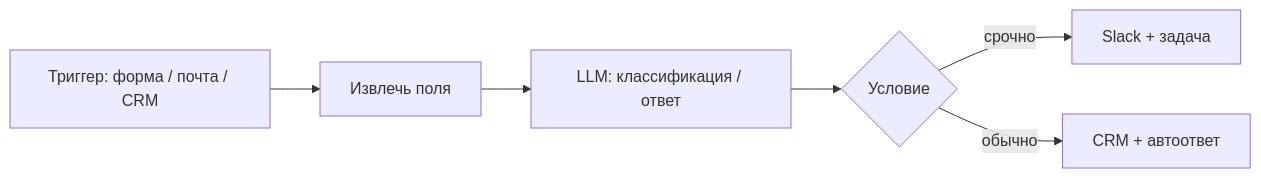
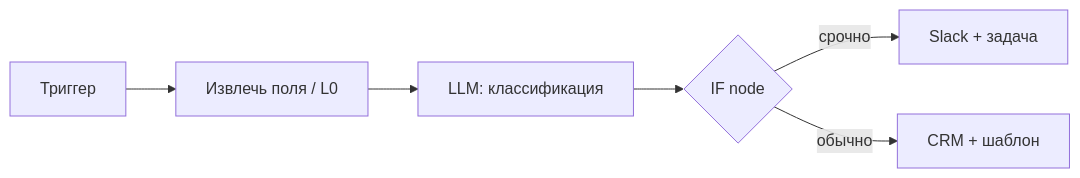
Before and after one commit to evgeniy-borisov/vairl: the fourth of 7 diagrams in _posts/2026-07-02-ai-automation-smb-ru.md, drawn with Mermaid. The commit also changed other lines of this file, not shown here.

````diff
--- a/_posts/2026-07-02-ai-automation-smb-ru.md
+++ b/_posts/2026-07-02-ai-automation-smb-ru.md
@@ -86,8 +196,8 @@
 ```mermaid
 flowchart LR
-  T[Триггер: форма / почта / CRM] --> E[Извлечь поля]
-  E --> LLM[LLM: классификация / ответ]
-  LLM --> A{Условие}
-  A -->|срочно| S[Slack + задача]
-  A -->|обычно| C[CRM + автоответ]
+  T[Триггер] --> E[Извлечь поля / L0]
+  E --> LLM[LLM: классификация]
+  LLM --> IF{IF node}
+  IF -->|срочно| S[Slack + задача]
+  IF -->|обычно| C[CRM + шаблон]
 ```
````
